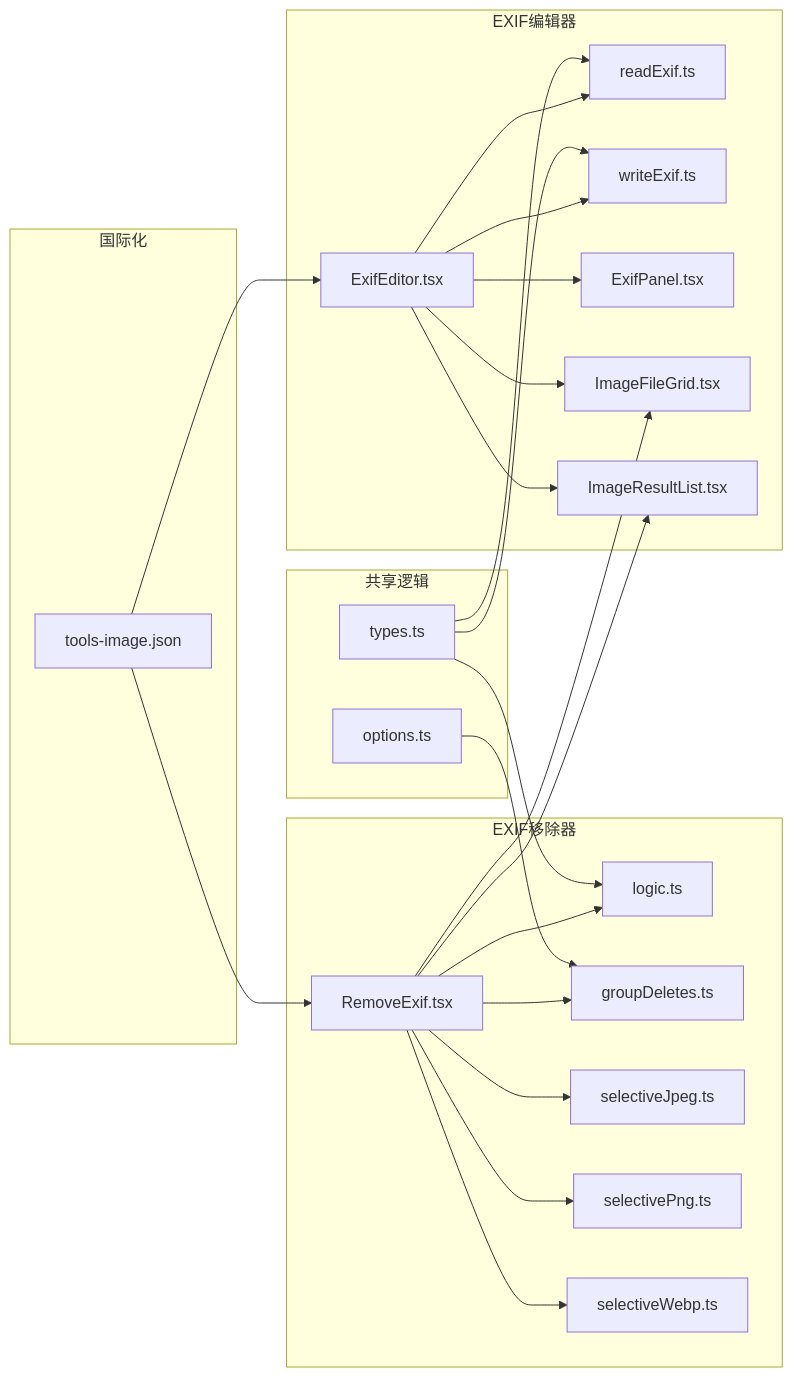
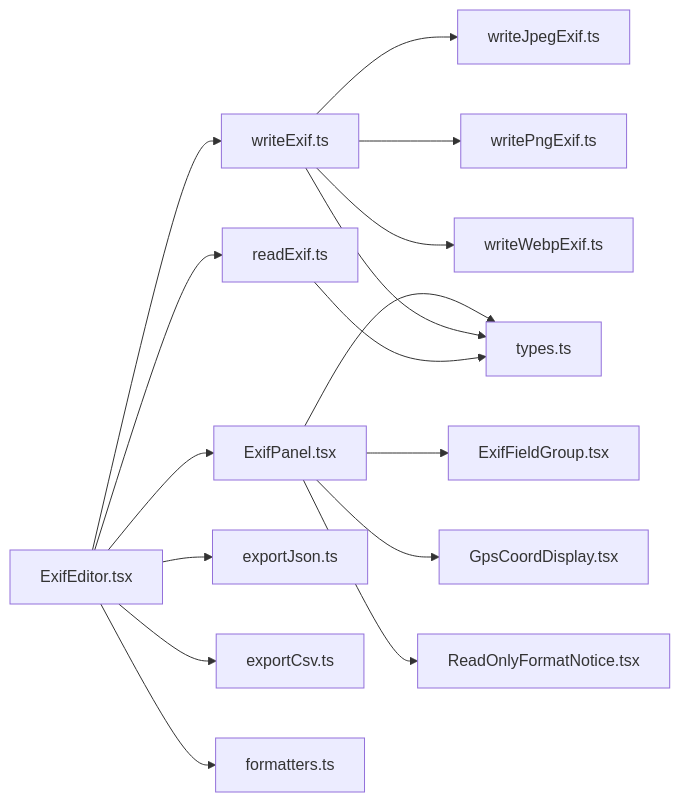
Before and after one commit to sgyy/privadeck: the sixth of 6 diagrams in .qoder/repowiki/zh/content/图像工具/EXIF管理.md, drawn with Mermaid. The commit also changed other lines of this file and 23 other files, not shown here.

````diff
--- a/.qoder/repowiki/zh/content/图像工具/EXIF管理.md
+++ b/.qoder/repowiki/zh/content/图像工具/EXIF管理.md
@@ -506,29 +359,18 @@
 ```mermaid
 graph LR
-subgraph "EXIF编辑器"
-EE["ExifEditor.tsx"] --> RE["readExif.ts"]
-EE --> WE["writeExif.ts"]
-EE --> EP["ExifPanel.tsx"]
-EE --> IFG["ImageFileGrid.tsx"]
-EE --> IRL["ImageResultList.tsx"]
-end
-subgraph "EXIF移除器"
-RE2["RemoveExif.tsx"] --> LG2["logic.ts"]
-RE2 --> GD["groupDeletes.ts"]
-RE2 --> SJ["selectiveJpeg.ts"]
-RE2 --> SP["selectivePng.ts"]
-RE2 --> SW["selectiveWebp.ts"]
-RE2 --> IFG
-RE2 --> IRL
-end
-subgraph "共享逻辑"
-TYPES["types.ts"] --> RE
-TYPES --> WE
-TYPES --> LG2
-OPT["options.ts"] --> GD
-end
-subgraph "国际化"
-MSG["tools-image.json"] --> EE
-MSG --> RE2
-end
+EE["ExifEditor.tsx"] --> RT["readExif.ts"]
+EE --> WT["writeExif.ts"]
+EE --> EPN["ExifPanel.tsx"]
+EE --> EJ2["exportJson.ts"]
+EE --> EC["exportCsv.ts"]
+EE --> EF["formatters.ts"]
+WT --> EJ["writeJpegExif.ts"]
+WT --> EP["writePngExif.ts"]
+WT --> EW["writeWebpExif.ts"]
+EPN --> EFG["ExifFieldGroup.tsx"]
+EPN --> EGCD["GpsCoordDisplay.tsx"]
+EPN --> ROFN["ReadOnlyFormatNotice.tsx"]
+RT --> TYPES["types.ts"]
+WT --> TYPES
+EPN --> TYPES
 ```
````
